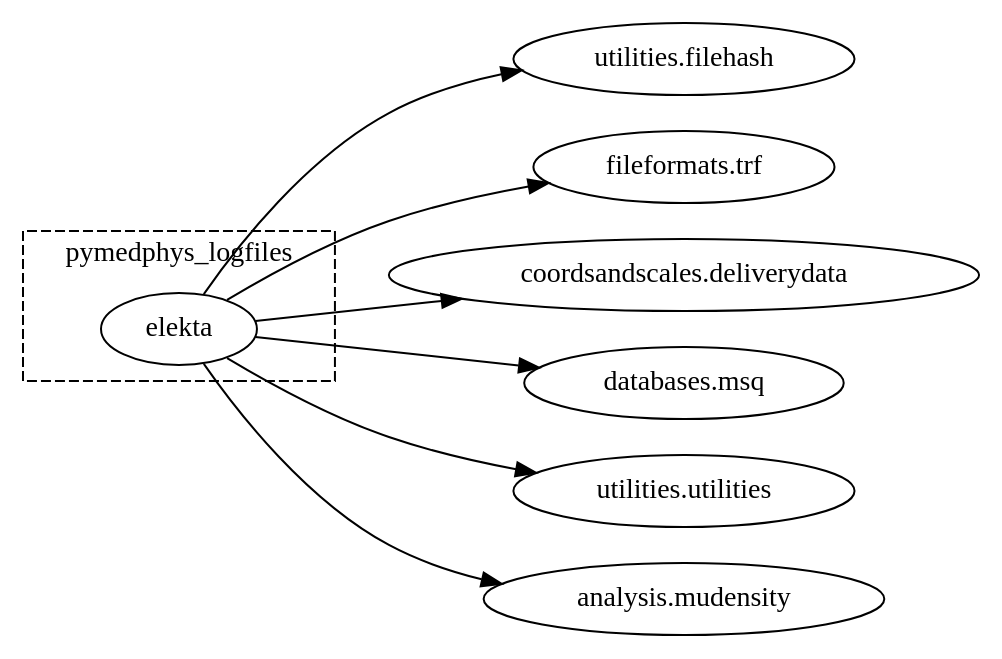
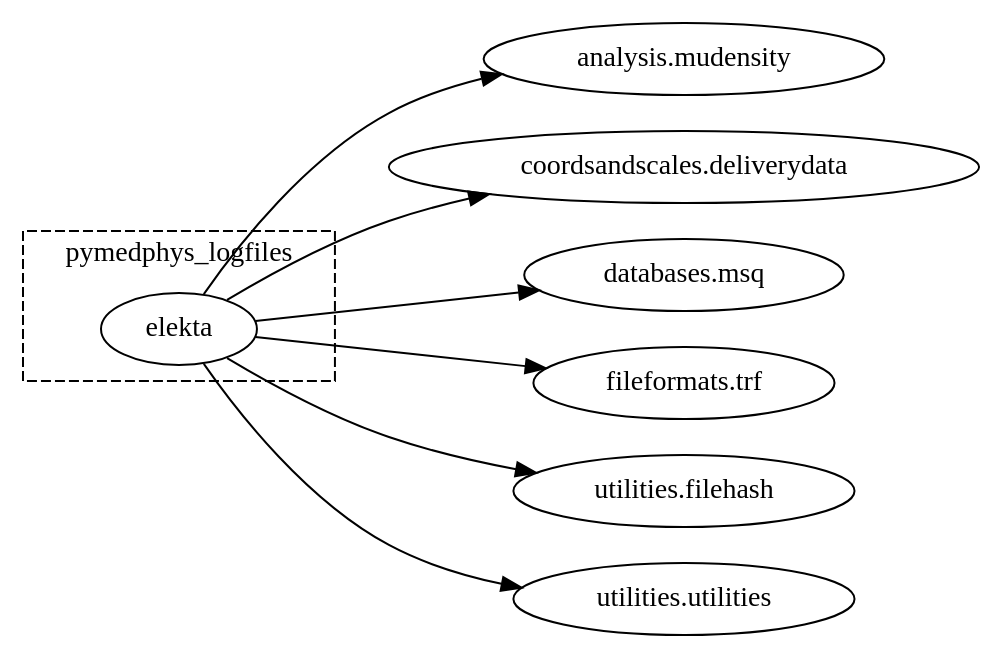
One commit to pymedphys/pymedphys changed the diagram in docs/graphs/pymedphys_logfiles.svg.dot. Above: the diagram before and after it, drawn with Graphviz. The commit also changed 17 other files, not shown here.

```diff
--- a/docs/graphs/pymedphys_logfiles.svg.dot
+++ b/docs/graphs/pymedphys_logfiles.svg.dot
@@ -1,31 +1,31 @@
 
         strict digraph  {
             graph [ordering="out"];
             rankdir = LR;
             subgraph cluster_0 {
                 "pymedphys_logfiles.elekta";
 
                 label = "pymedphys_logfiles";
                 style = dashed;
                 
             { rank = same; "pymedphys_logfiles.elekta"; }
             
             }
-            "pymedphys_utilities.filehash" [label="utilities.filehash"];
-"pymedphys_logfiles.elekta" [label="elekta"];
-"pymedphys_fileformats.trf" [label="fileformats.trf"];
+            "pymedphys_analysis.mudensity" [label="analysis.mudensity"];
 "pymedphys_coordsandscales.deliverydata" [label="coordsandscales.deliverydata"];
 "pymedphys_databases.msq" [label="databases.msq"];
+"pymedphys_fileformats.trf" [label="fileformats.trf"];
+"pymedphys_logfiles.elekta" [label="elekta"];
+"pymedphys_utilities.filehash" [label="utilities.filehash"];
 "pymedphys_utilities.utilities" [label="utilities.utilities"];
-"pymedphys_analysis.mudensity" [label="analysis.mudensity"];
 
             { rank = same; "pymedphys_analysis.mudensity"; "pymedphys_coordsandscales.deliverydata"; "pymedphys_databases.msq"; "pymedphys_fileformats.trf"; "pymedphys_utilities.filehash"; "pymedphys_utilities.utilities"; }
 
             "pymedphys_logfiles.elekta" -> "pymedphys_analysis.mudensity";
 "pymedphys_logfiles.elekta" -> "pymedphys_coordsandscales.deliverydata";
 "pymedphys_logfiles.elekta" -> "pymedphys_databases.msq";
 "pymedphys_logfiles.elekta" -> "pymedphys_fileformats.trf";
 "pymedphys_logfiles.elekta" -> "pymedphys_utilities.filehash";
 "pymedphys_logfiles.elekta" -> "pymedphys_utilities.utilities";
 
         }
```
